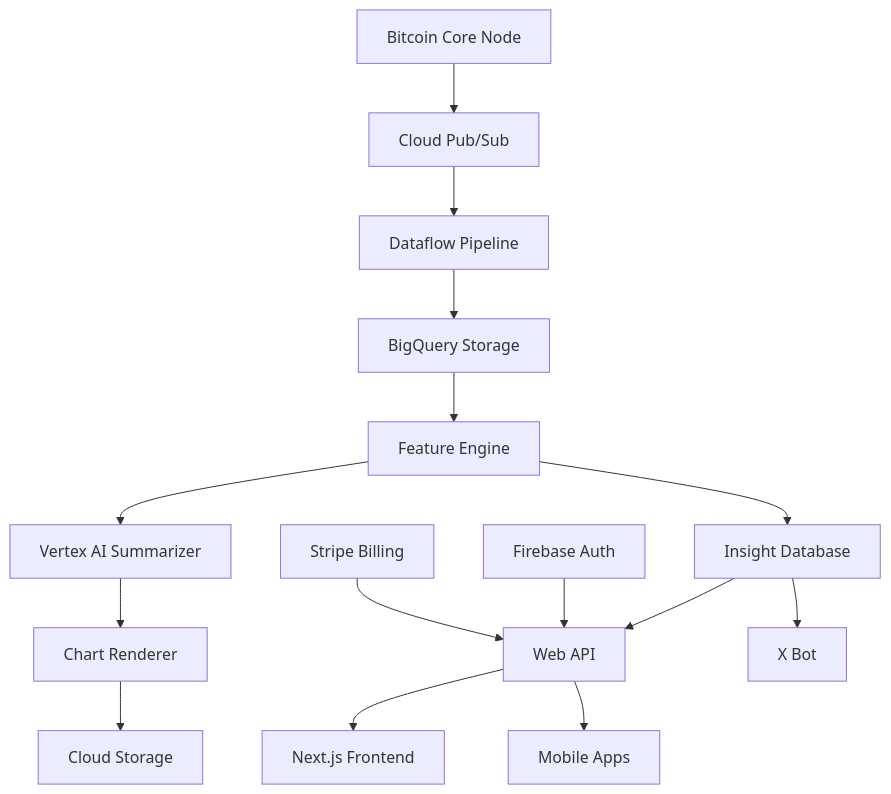
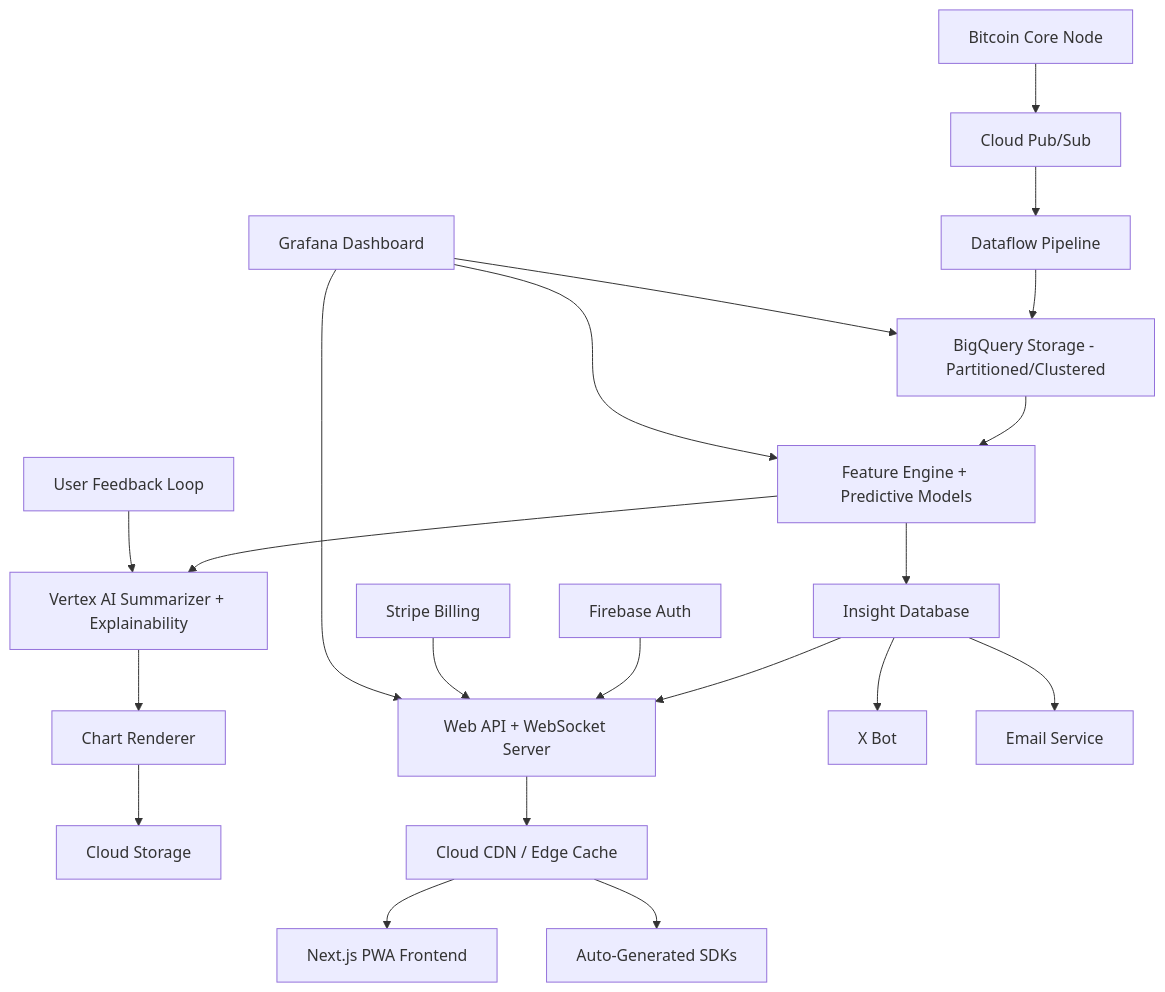
Before and after one commit to baref00t-au/utxoIQ: the diagram in .kiro/specs/utxoiq-mvp/design.md, drawn with Mermaid. The commit also changed other lines of this file and 413 other files, not shown here.

````diff
--- a/.kiro/specs/utxoiq-mvp/design.md
+++ b/.kiro/specs/utxoiq-mvp/design.md
@@ -13,17 +15,23 @@
 ```mermaid
 graph TB
     A[Bitcoin Core Node] --> B[Cloud Pub/Sub]
     B --> C[Dataflow Pipeline]
-    C --> D[BigQuery Storage]
-    D --> E[Feature Engine]
-    E --> F[Vertex AI Summarizer]
+    C --> D[BigQuery Storage - Partitioned/Clustered]
+    D --> E[Feature Engine + Predictive Models]
+    E --> F[Vertex AI Summarizer + Explainability]
     F --> G[Chart Renderer]
     G --> H[Cloud Storage]
     E --> I[Insight Database]
-    I --> J[Web API]
-    I --> K[X Bot]
-    J --> L[Next.js Frontend]
-    J --> M[Mobile Apps]
-    N[Firebase Auth] --> J
-    O[Stripe Billing] --> J
+    I --> J[Web API + WebSocket Server]
+    J --> K[Cloud CDN / Edge Cache]
+    K --> L[Next.js PWA Frontend]
+    K --> M[Auto-Generated SDKs]
+    I --> N[X Bot]
+    I --> O[Email Service]
+    R[Firebase Auth] --> J
+    S[Stripe Billing] --> J
+    T[Grafana Dashboard] --> J
+    T --> D
+    T --> E
+    U[User Feedback Loop] --> F
 ```
````
